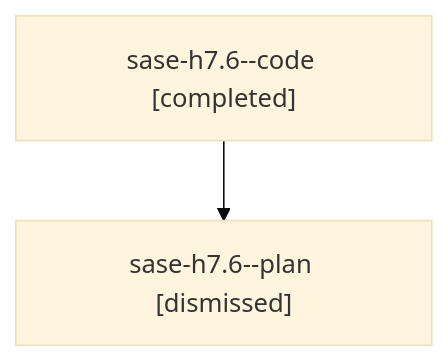
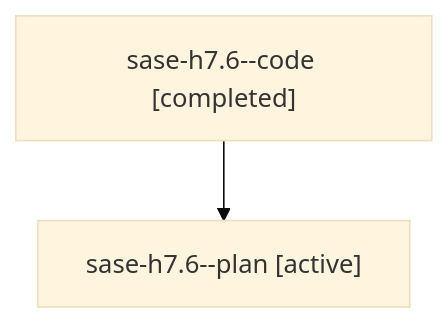
Before and after one commit to sase-org/sase--agents: the diagram in families/bbugyi200.athena.sase-h7.6.md, drawn with Mermaid (base theme). The commit also changed other lines of this file and 35830 other files, not shown here.

````diff
--- a/families/bbugyi200.athena.sase-h7.6.md
+++ b/families/bbugyi200.athena.sase-h7.6.md
@@ -9,6 +9,6 @@
 ```mermaid
 flowchart TD
   n0["sase-h7.6--code [completed]"]
-  n1["sase-h7.6--plan [dismissed]"]
+  n1["sase-h7.6--plan [active]"]
   n0 --> n1
 ```
````
